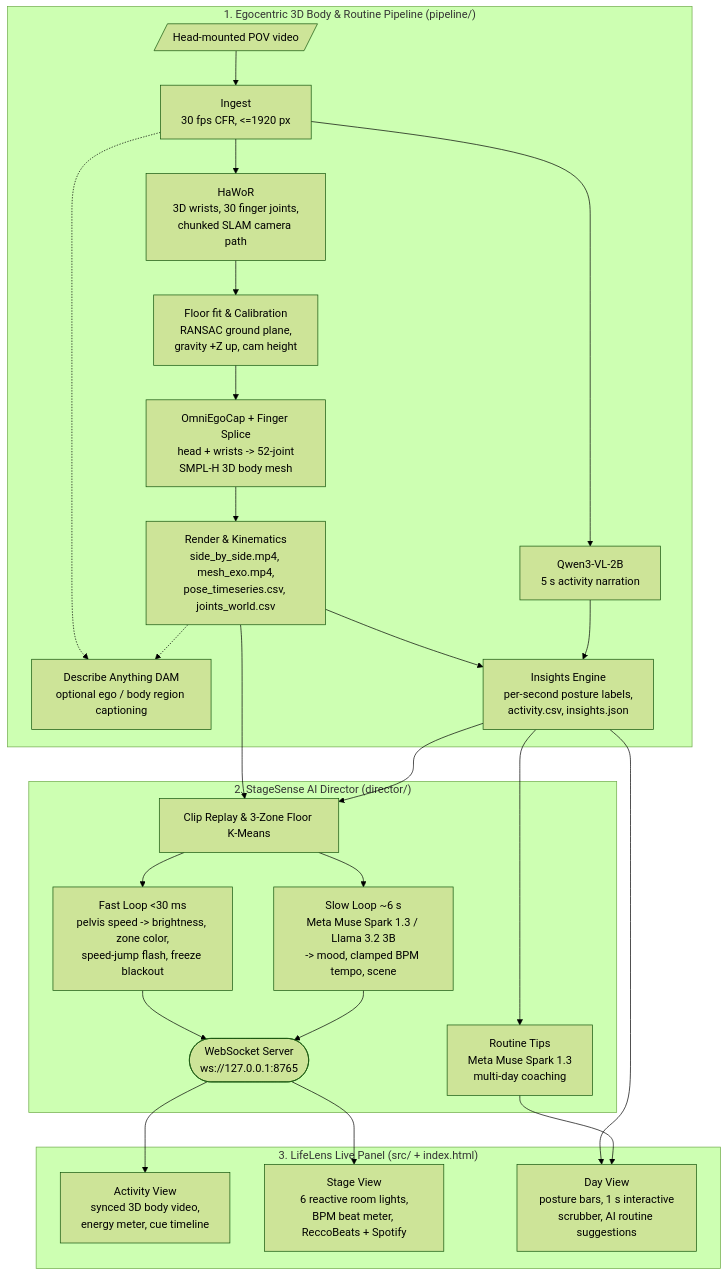
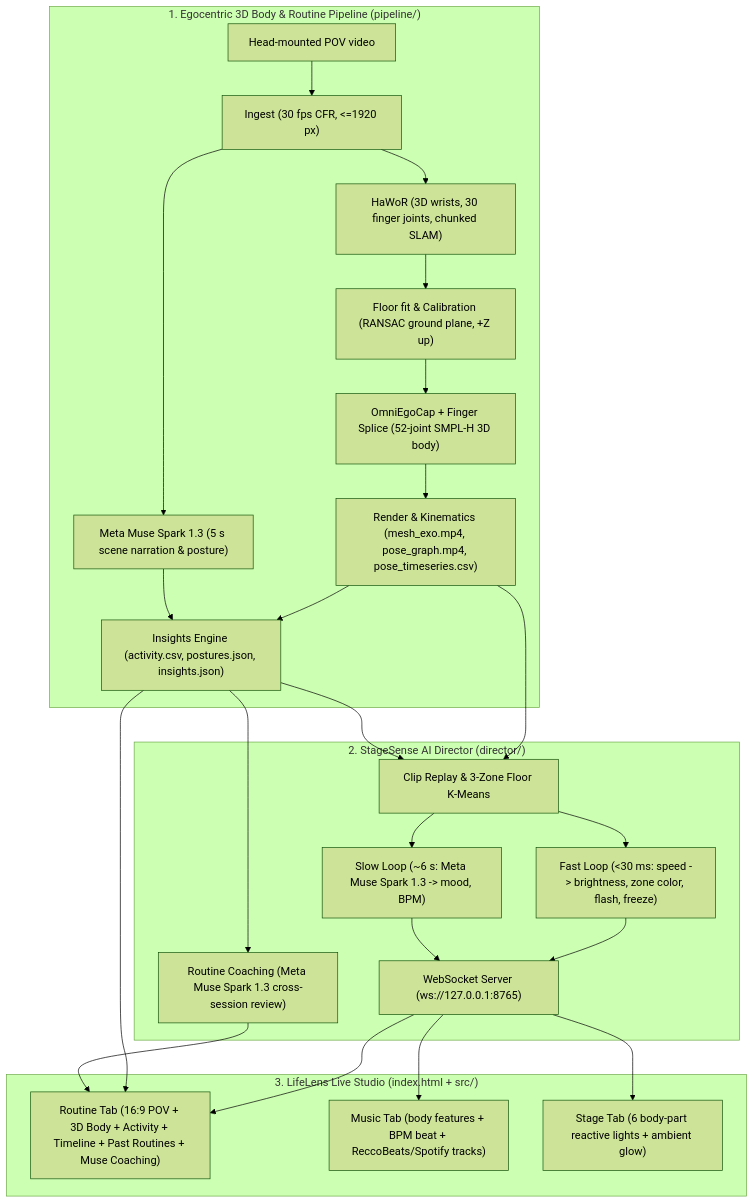
The diagram in README.md (nshreyasvi/LifeLens), drawn with Mermaid (forest theme) before and after one commit. The commit also changed other lines of this file and 195 other files, not shown here.

Commit message:
Feat: Routine studio UI, live processing progress & GPU telemetry, pure Meta Muse Spark, archive cleanup

````diff
--- a/README.md
+++ b/README.md
@@ -48,27 +50,26 @@
 ```mermaid
 flowchart TD
   subgraph P["1. Egocentric 3D Body & Routine Pipeline (pipeline/)"]
-    V[/Head-mounted POV video/] --> ING[Ingest<br/>30 fps CFR, <=1920 px]
-    ING --> H[HaWoR<br/>3D wrists, 30 finger joints,<br/>chunked SLAM camera path]
-    H --> F[Floor fit & Calibration<br/>RANSAC ground plane,<br/>gravity +Z up, cam height]
-    F --> O[OmniEgoCap + Finger Splice<br/>head + wrists -> 52-joint<br/>SMPL-H 3D body mesh]
-    O --> R[Render & Kinematics<br/>side_by_side.mp4, mesh_exo.mp4,<br/>pose_timeseries.csv, joints_world.csv]
-    ING --> Q[Qwen3-VL-2B<br/>5 s activity narration]
-    ING & R -.-> D[Describe Anything DAM<br/>optional ego / body region captioning]
-    R & Q --> I[Insights Engine<br/>per-second posture labels,<br/>activity.csv, insights.json]
+    V["Head-mounted POV video"] --> ING["Ingest (30 fps CFR, <=1920 px)"]
+    ING --> H["HaWoR (3D wrists, 30 finger joints, chunked SLAM)"]
+    H --> F["Floor fit & Calibration (RANSAC ground plane, +Z up)"]
+    F --> O["OmniEgoCap + Finger Splice (52-joint SMPL-H 3D body)"]
+    O --> R["Render & Kinematics (mesh_exo.mp4, pose_graph.mp4, pose_timeseries.csv)"]
+    ING --> M["Meta Muse Spark 1.3 (5 s scene narration & posture)"]
+    R & M --> I["Insights Engine (activity.csv, postures.json, insights.json)"]
   end
 
   subgraph DIR["2. StageSense AI Director (director/)"]
-    R & I --> REP[Clip Replay & 3-Zone Floor K-Means]
-    REP --> FL[Fast Loop <30 ms<br/>pelvis speed -> brightness, zone color,<br/>speed-jump flash, freeze blackout]
-    REP --> SL[Slow Loop ~6 s<br/>Meta Muse Spark 1.3 / Llama 3.2 3B<br/>-> mood, clamped BPM tempo, scene]
-    I --> RT[Routine Tips<br/>Meta Muse Spark 1.3<br/>multi-day coaching]
-    FL & SL --> WS([WebSocket Server<br/>ws://127.0.0.1:8765])
+    R & I --> REP["Clip Replay & 3-Zone Floor K-Means"]
+    REP --> FL["Fast Loop (<30 ms: speed -> brightness, zone color, flash, freeze)"]
+    REP --> SL["Slow Loop (~6 s: Meta Muse Spark 1.3 -> mood, BPM)"]
+    I --> RT["Routine Coaching (Meta Muse Spark 1.3 cross-session review)"]
+    FL & SL --> WS["WebSocket Server (ws://127.0.0.1:8765)"]
   end
 
-  subgraph UI["3. LifeLens Live Panel (src/ + index.html)"]
-    WS --> ACT[Activity View<br/>synced 3D body video,<br/>energy meter, cue timeline]
-    WS --> STG[Stage View<br/>6 reactive room lights,<br/>BPM beat meter, ReccoBeats + Spotify]
-    I & RT --> DAY[Day View<br/>posture bars, 1 s interactive<br/>scrubber, AI routine suggestions]
+  subgraph UI["3. LifeLens Live Studio (index.html + src/)"]
+    WS & I & RT --> ROU["Routine Tab (16:9 POV + 3D Body + Activity + Timeline + Past Routines + Muse Coaching)"]
+    WS --> MUS["Music Tab (body features + BPM beat + ReccoBeats/Spotify tracks)"]
+    WS --> STG["Stage Tab (6 body-part reactive lights + ambient glow)"]
   end
 ```
````
